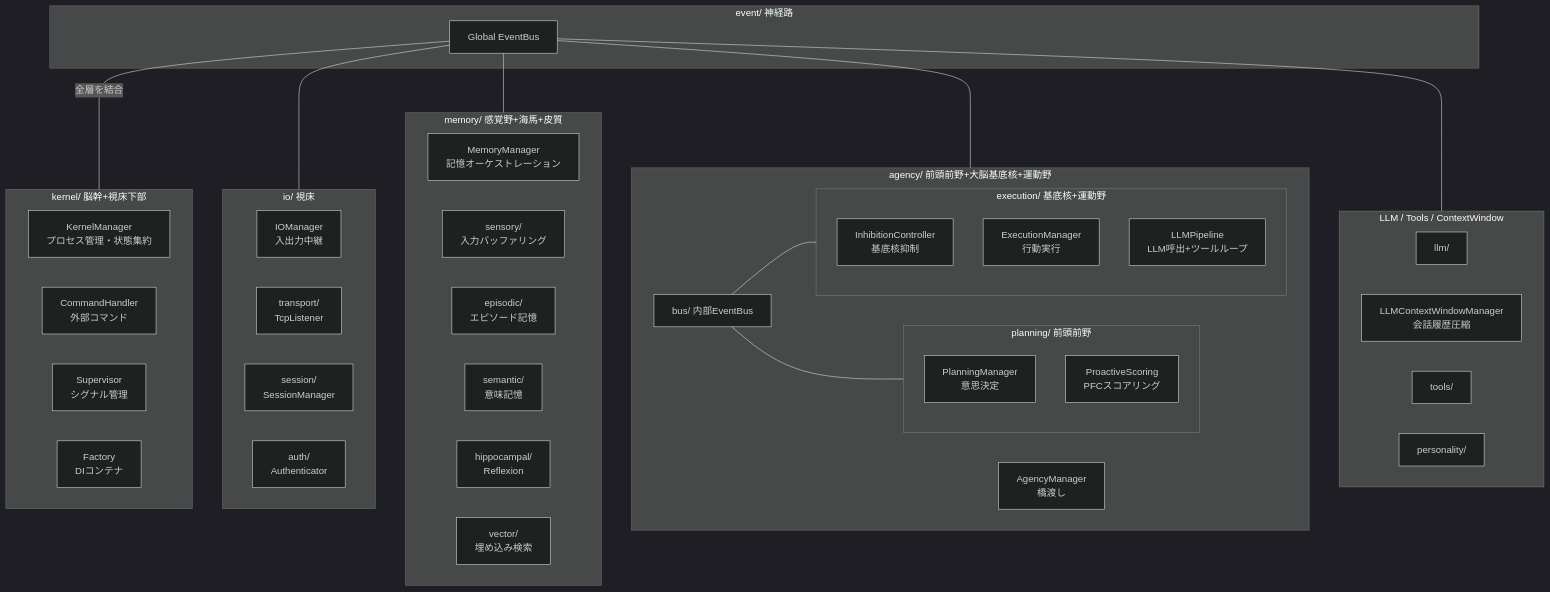
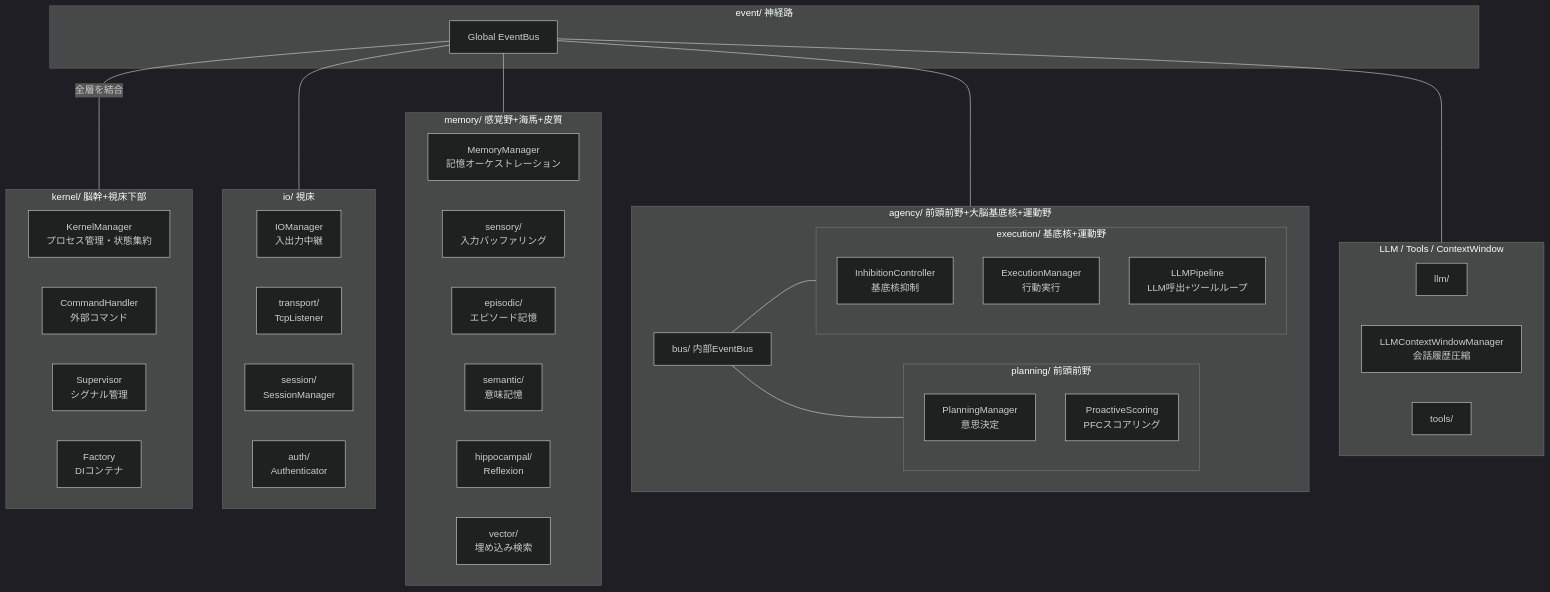
One commit to ibukani/iris-mind changed the first of 4 diagrams in docs/architecture.md. Above: the diagram before and after it, drawn with Mermaid (dark theme). The commit also changed 11 other files, not shown here.

````diff
--- a/docs/architecture.md
+++ b/docs/architecture.md
@@ -9,79 +9,59 @@
 ```mermaid
 flowchart TD
     subgraph Kernel["kernel/ 脳幹+視床下部"]
         K_Manager["KernelManager<br/>プロセス管理・状態集約"]
         K_Command["CommandHandler<br/>外部コマンド"]
         K_Supervisor["Supervisor<br/>シグナル管理"]
         K_Factory["Factory<br/>DIコンテナ"]
     end
 
     subgraph IO["io/ 視床"]
         IO_Manager["IOManager<br/>入出力中継"]
         IO_Trans["transport/<br/>TcpListener"]
         IO_Session["session/<br/>SessionManager"]
         IO_Auth["auth/<br/>Authenticator"]
     end
 
     subgraph Memory["memory/ 感覚野+海馬+皮質"]
         M_Manager["MemoryManager<br/>記憶オーケストレーション"]
         M_Sensory["sensory/<br/>入力バッファリング"]
         M_Episodic["episodic/<br/>エピソード記憶"]
         M_Semantic["semantic/<br/>意味記憶"]
         M_Hippocampal["hippocampal/<br/>Reflexion"]
         M_Vector["vector/<br/>埋め込み検索"]
     end
 
     subgraph Agency["agency/ 前頭前野+大脳基底核+運動野"]
         A_Bus["bus/ 内部EventBus"]
 
         subgraph Planning["planning/ 前頭前野"]
             P_Manager["PlanningManager<br/>意思決定"]
             P_Scoring["ProactiveScoring<br/>PFCスコアリング"]
         end
 
         subgraph Execution["execution/ 基底核+運動野"]
             INH["InhibitionController<br/>基底核抑制"]
             E_Manager["ExecutionManager<br/>行動実行"]
             E_LLM["LLMPipeline<br/>LLM呼出+ツールループ"]
         end
     end
 
     subgraph Infra["LLM / Tools / ContextWindow"]
         I_LLM["llm/"]
         I_CW["LLMContextWindowManager<br/>会話履歴圧縮"]
         I_TOOLS["tools/"]
     end
 
-    subgraph Agency["agency/ 前頭前野+大脳基底核+運動野"]
-        A_Bus["bus/ 内部EventBus"]
-        A_Manager["AgencyManager<br/>橋渡し"]
-
-        subgraph Planning["planning/ 前頭前野"]
-            P_Manager["PlanningManager<br/>意思決定"]
-        end
-
-        subgraph Execution["execution/ 基底核+運動野"]
-            E_Manager["ExecutionManager<br/>行動実行"]
-            E_LLM["LLMPipeline<br/>LLM呼出+ツールループ"]
-        end
-    end
-
     subgraph Event["event/ 神経路"]
         EB["Global EventBus"]
-    end
-
-    subgraph Infra["LLM / Tools / Personality"]
-        I_LLM["llm/"]
-        I_TOOLS["tools/"]
-        I_PERS["personality/"]
     end
 
     EB ---|全層を結合| Kernel
     EB --- IO
     EB --- Memory
     EB --- Agency
     EB --- Infra
 
     A_Bus --- Planning
     A_Bus --- Execution
 ```
````
